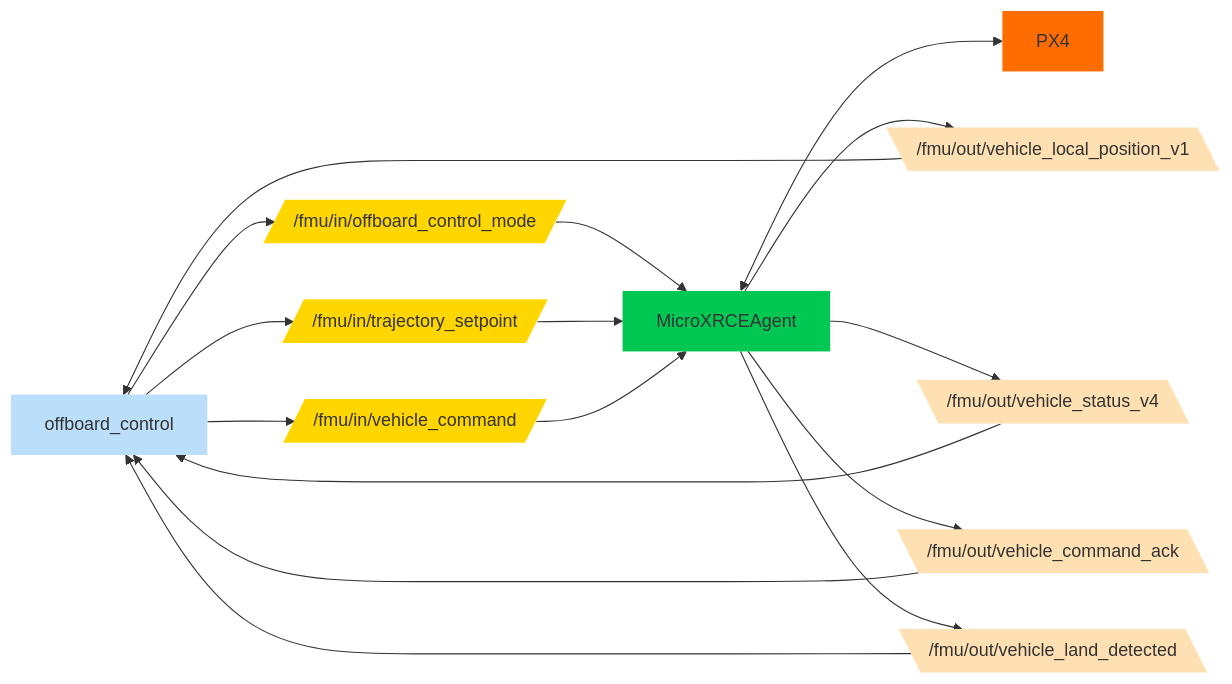
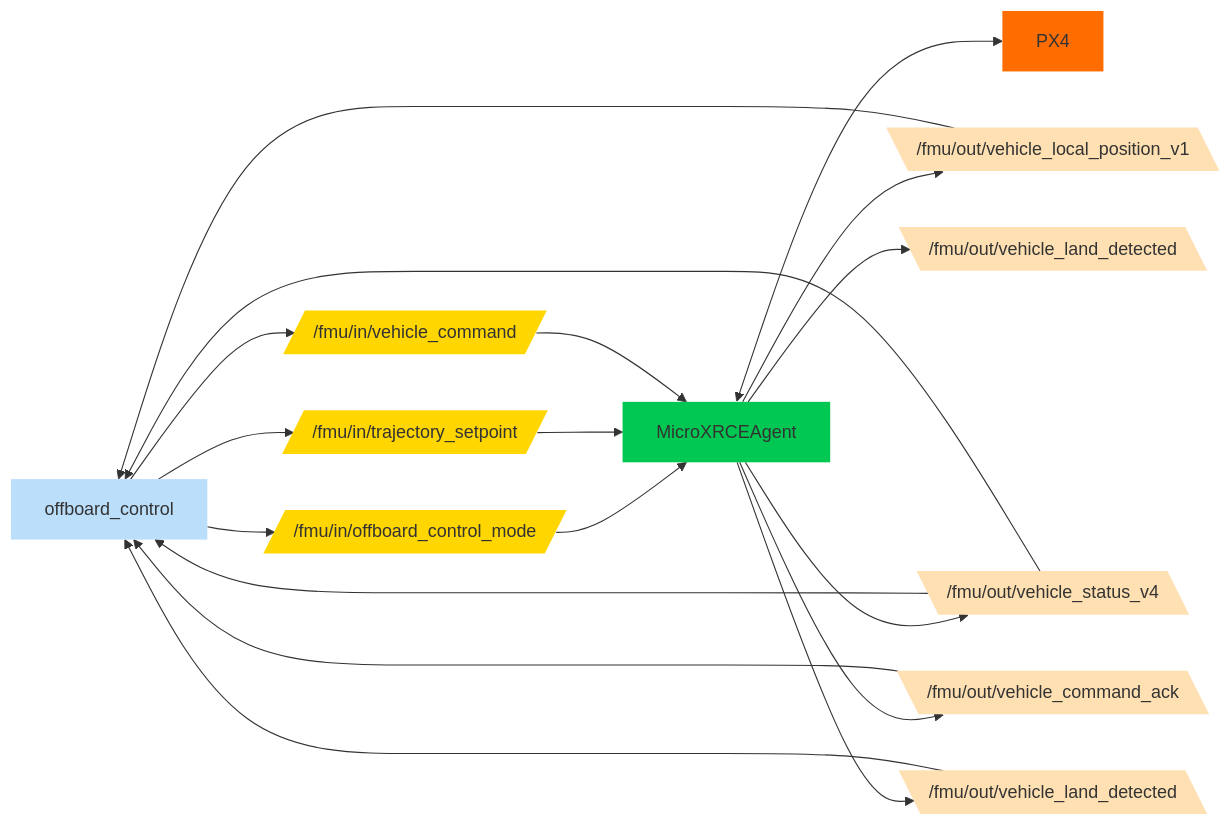
One commit to LucaLizon/swarm-explorer changed the diagram in docs/offboard_control_node.md. Above: the diagram before and after it, drawn with Mermaid.

Commit message:
docs: update topic architecture graph

````diff
--- a/docs/offboard_control_node.md
+++ b/docs/offboard_control_node.md
@@ -5,34 +5,37 @@
 ```mermaid
 flowchart LR
     n1["offboard_control"] --> n2["/fmu/in/offboard_control_mode"] & n4["/fmu/in/trajectory_setpoint"] & n5["/fmu/in/vehicle_command"]
     n2 --> n6["MicroXRCEAgent"]
     n4 --> n6
     n5 --> n6
     n6 <--> n8["PX4"]
-    n6 --> n7["/fmu/out/vehicle_local_position_v1"] & n9@{ label: "<span style=\"color:\">/fmu/out/vehicle_status_v4</span>" } & n10@{ label: "<span style=\"color:\">/fmu/out/vehicle_command_ack</span>" } & n11@{ label: "<span style=\"color:\">/fmu/out/vehicle_land_detected</span>" }
+    n6 --> n7["/fmu/out/vehicle_local_position_v1"] & n9@{ label: "<span style=\"color:\">/fmu/out/vehicle_status_v4</span>" } & n10@{ label: "<span style=\"color:\">/fmu/out/vehicle_command_ack</span>" } & n11@{ label: "<span style=\"color:\">/fmu/out/vehicle_land_detected</span>" } & n12@{ label: "<span style=\"color:\">/fmu/out/vehicle_land_detected</span>" }
     n7 --> n1
     n9 --> n1
     n10 --> n1
     n11 --> n1
+    n9 --> n1
 
     n1@{ shape: proc}
     n2@{ shape: in-out}
     n4@{ shape: in-out}
     n5@{ shape: in-out}
     n6@{ shape: proc}
     n8@{ shape: proc}
     n7@{ shape: out-in}
     n9@{ shape: out-in}
     n10@{ shape: out-in}
     n11@{ shape: out-in}
+    n12@{ shape: out-in}
     style n1 fill:#BBDEFB,stroke-width:0px
     style n2 fill:#FFD600,stroke-width:0px
     style n4 fill:#FFD600,stroke-width:0px
     style n5 fill:#FFD600,stroke-width:0px
     style n6 fill:#00C853,stroke-width:0px
     style n8 fill:#FF6D00,stroke-width:0px
     style n7 fill:#FFE0B2,stroke-width:0px
     style n9 fill:#FFE0B2,stroke-width:0px
     style n10 fill:#FFE0B2,stroke-width:0px
     style n11 fill:#FFE0B2,stroke-width:0px
+    style n12 fill:#FFE0B2,stroke-width:0px
 ```
````
